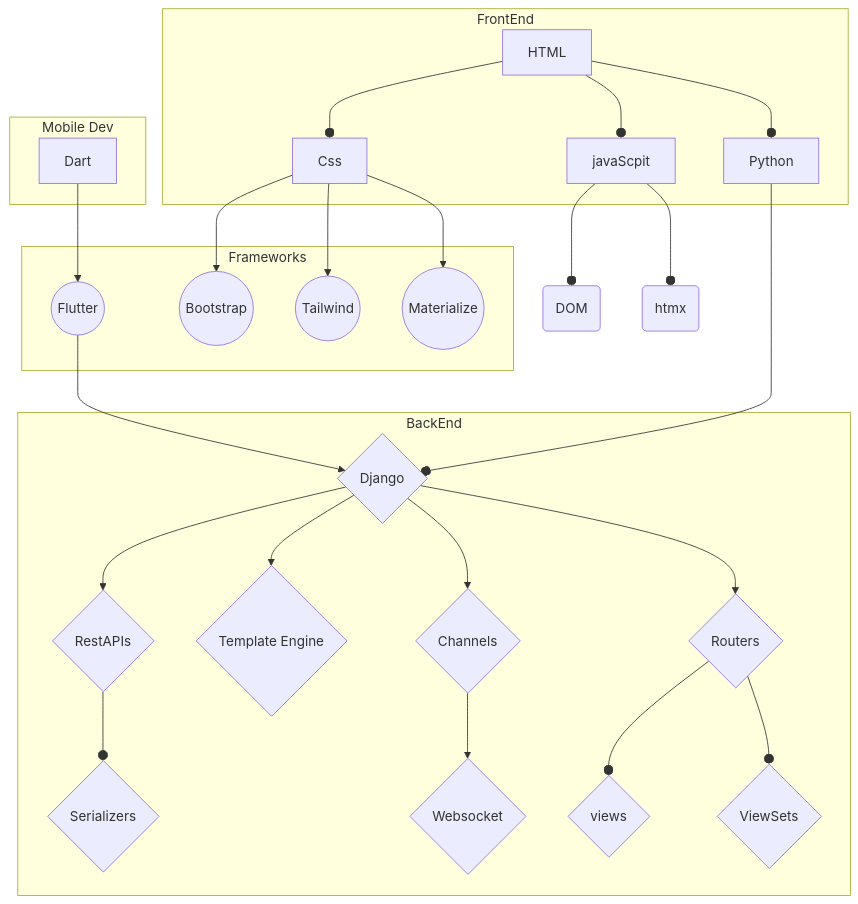
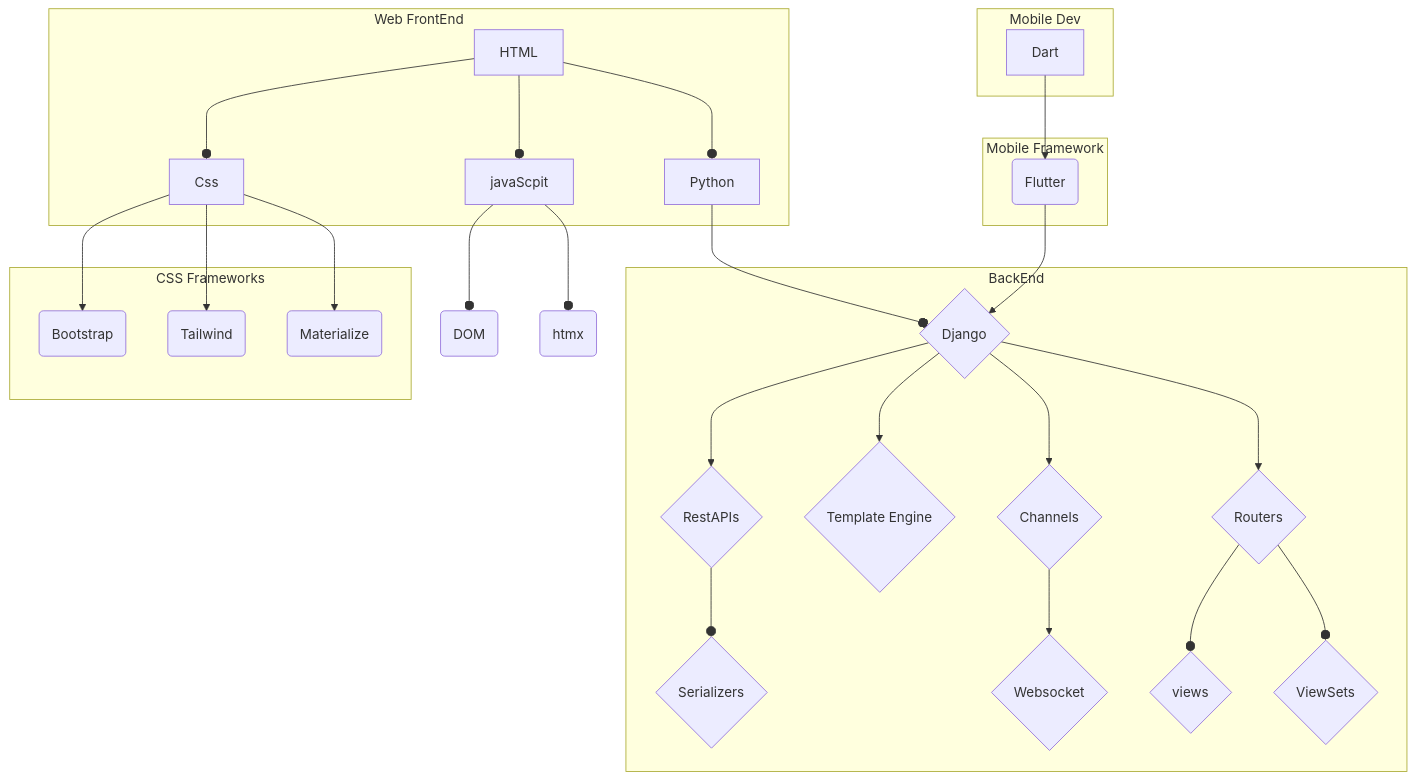
The diagram in README.md (ByteRaider/ByteRaider), drawn with Mermaid before and after one commit. The commit also changed other lines of this file, not shown here.

````diff
--- a/README.md
+++ b/README.md
@@ -25,69 +25,78 @@
 ```mermaid
-flowchart 
+ flowchart 
 f1[HTML]
 f2[Css]
 f3[javaScpit]
 f4[Python]
 f5[Dart]
+
 fw1(DOM)
 fw2(htmx)
 
-fw3((Bootstrap))
-fw4((Tailwind))
-fw5((Materialize))
-fw6((Flutter))
+fw3(Bootstrap)
+fw4(Tailwind)
+fw5(Materialize)
+fw6(Flutter)
 b1{Django}
 b2{RestAPIs}
 b3{Serializers}
 b4{Channels}
 b5{Routers}
 b6{views}
 b7{ViewSets}
 b8{Template Engine}
 b9{Websocket}
- subgraph  BackEnd
+ 
+subgraph  BackEnd
 b1
 b2
 b3
 b4
 b5
 b6
 b7
 b8
 b9
  end  
- subgraph Frameworks 
+ 
+subgraph Mobile Framework
+fw6
+end
+
+subgraph CSS Frameworks 
 fw3
 fw4
 fw5
-fw6
  end
-  subgraph  FrontEnd 
+  
+subgraph  Web FrontEnd 
  f1
  f2
  f3
  f4
  end
- subgraph Mobile Dev
+ 
+subgraph Mobile Dev
  f5
   end
+
  f1 --o f2
  f1 --o f3
  f1 --o f4
  f2 --> fw3
  f2 --> fw4
  f2 --> fw5
  fw6 --> b1
  f3 --o fw1
  f3 --o fw2
  f4 --o b1
  f5 --> fw6
  b1 --> b2
  b1 --> b8
  b2 --o b3
  b1 --> b4
  b4 --> b9
  b1 --> b5
  b5 --o b6
  b5 --o b7
  ```
````
